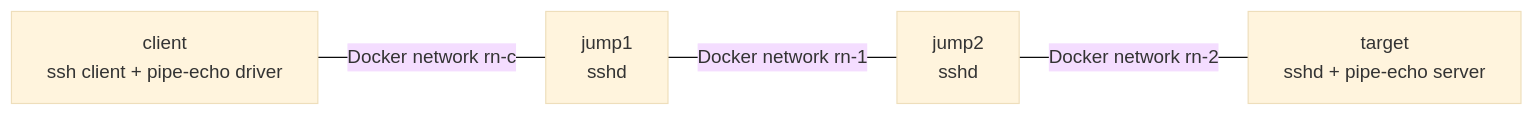
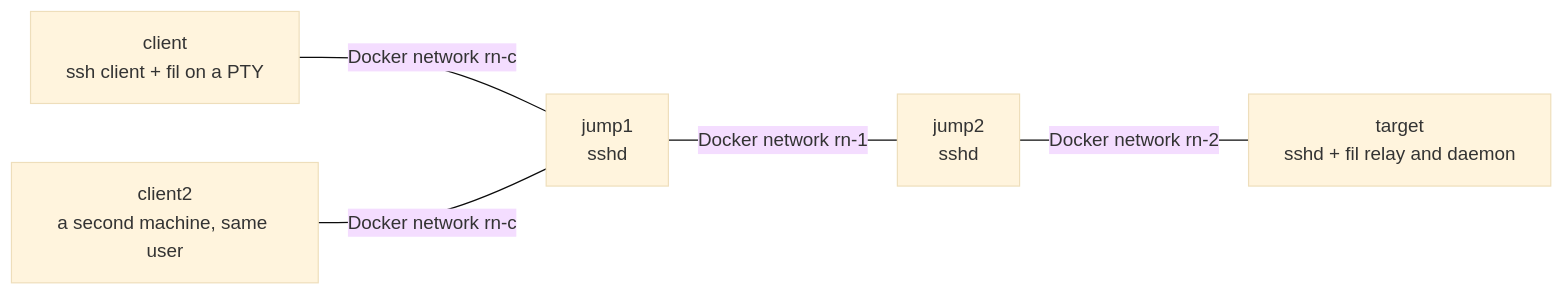
Before and after one commit to anthonytw/fil: the first of 3 diagrams in docs/m1/realnet.md, drawn with Mermaid (base theme). The commit also changed other lines of this file and 16 other files, not shown here.

First line of the commit message:
M1 P7a: the real-network suite on the real fil binary (#30)

````diff
--- a/docs/m1/realnet.md
+++ b/docs/m1/realnet.md
@@ -35,10 +40,12 @@
 ```mermaid
 flowchart LR
-    client["client<br/>ssh client + pipe-echo driver"]
+    client["client<br/>ssh client + fil on a PTY"]
+    client2["client2<br/>a second machine, same user"]
     jump1["jump1<br/>sshd"]
     jump2["jump2<br/>sshd"]
-    target["target<br/>sshd + pipe-echo server"]
+    target["target<br/>sshd + fil relay and daemon"]
     client ---|"Docker network rn-c"| jump1
+    client2 ---|"Docker network rn-c"| jump1
     jump1 ---|"Docker network rn-1"| jump2
     jump2 ---|"Docker network rn-2"| target
 ```
````
